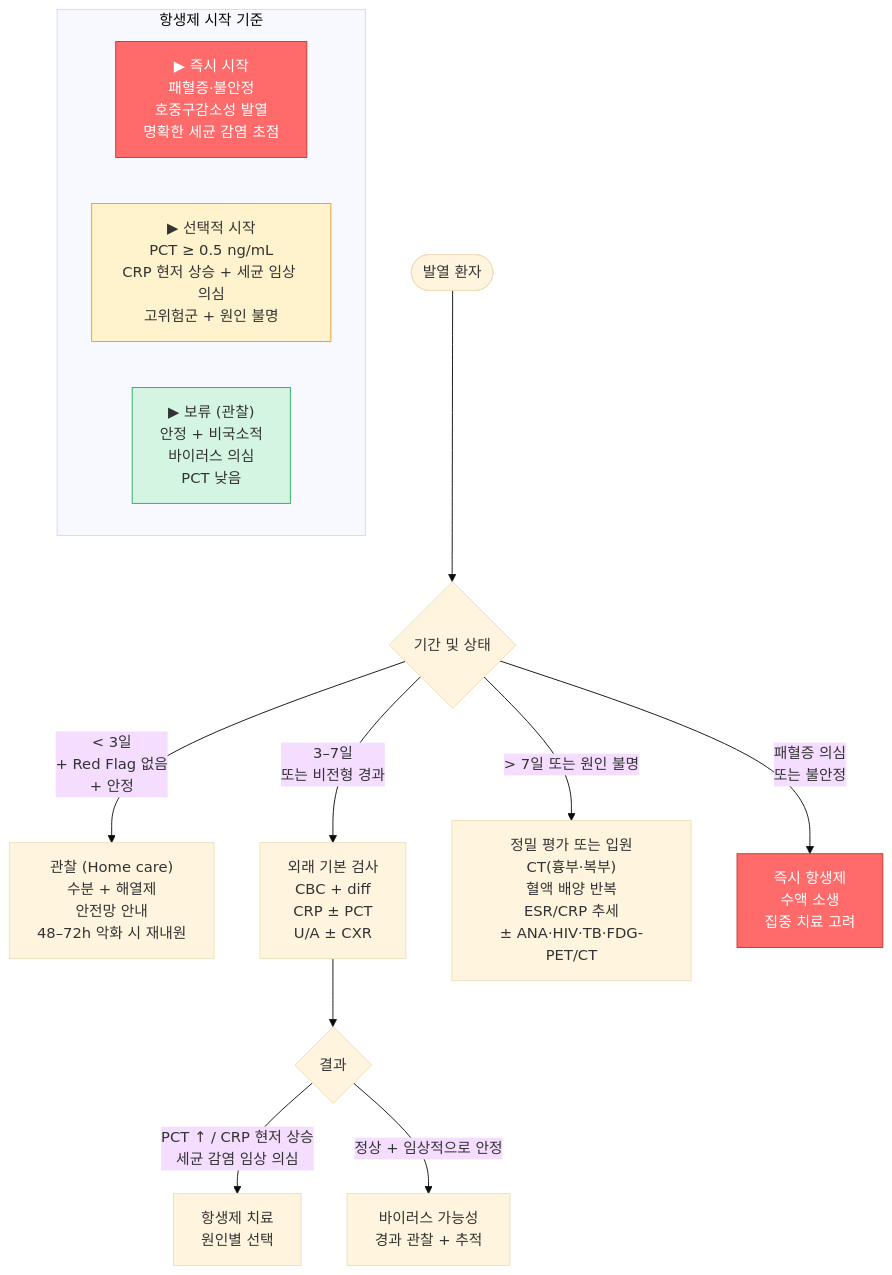
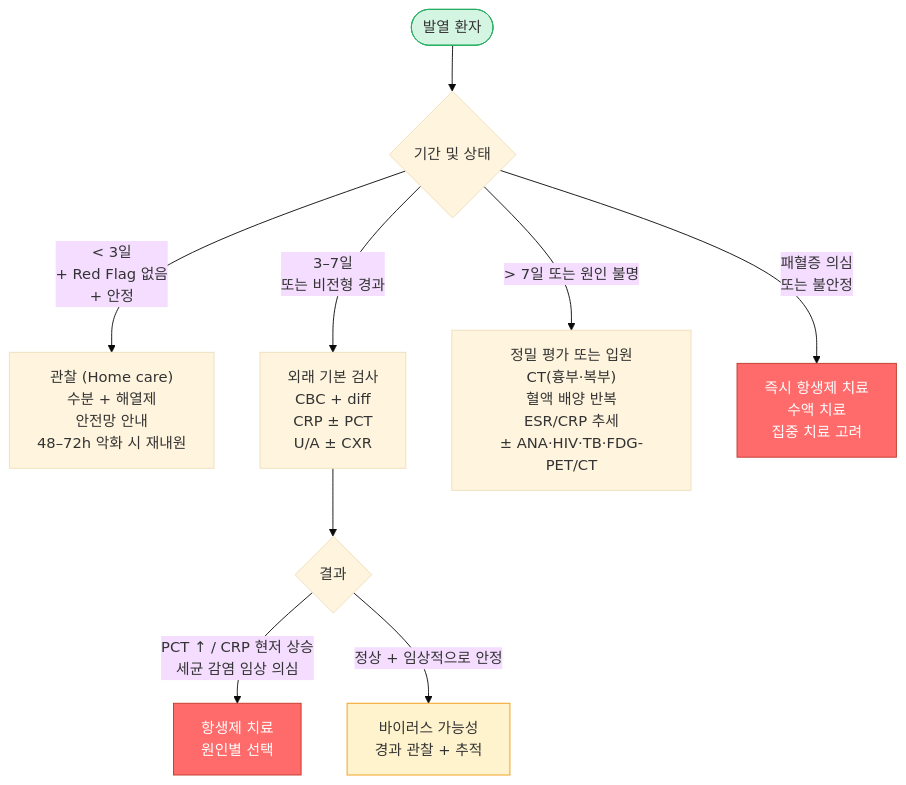
The second of 2 diagrams in 220_/011_-fever.md (familyoh77/familyoh77), drawn with Mermaid (base theme) before and after one commit. The commit also changed other lines of this file, not shown here.

````diff
--- a/220_/011_-fever.md
+++ b/220_/011_-fever.md
@@ -189,22 +181,17 @@
 ```mermaid
 graph TD
     A([발열 환자]) --> B{기간 및 상태}
     B -->|"< 3일<br/>+ Red Flag 없음<br/>+ 안정"| C["관찰 (Home care)<br/>수분 + 해열제<br/>안전망 안내<br/>48–72h 악화 시 재내원"]
     B -->|"3–7일<br/>또는 비전형 경과"| D["외래 기본 검사<br/>CBC + diff<br/>CRP ± PCT<br/>U/A ± CXR"]
     D --> E{결과}
     E -->|"PCT ↑ / CRP 현저 상승<br/>세균 감염 임상 의심"| F["항생제 치료<br/>원인별 선택"]
     E -->|"정상 + 임상적으로 안정"| G["바이러스 가능성<br/>경과 관찰 + 추적"]
     B -->|"> 7일 또는 원인 불명"| H["정밀 평가 또는 입원<br/>CT(흉부·복부)<br/>혈액 배양 반복<br/>ESR/CRP 추세<br/>± ANA·HIV·TB·FDG-PET/CT"]
-    B -->|"패혈증 의심<br/>또는 불안정"| I["즉시 항생제<br/>수액 소생<br/>집중 치료 고려"]
+    B -->|"패혈증 의심<br/>또는 불안정"| I["즉시 항생제 치료<br/>수액 치료<br/>집중 치료 고려"]
 
-    subgraph 항생제 시작 기준
-    J["▶ 즉시 시작<br/>패혈증·불안정<br/>호중구감소성 발열<br/>명확한 세균 감염 초점"]
-    K["▶ 선택적 시작<br/>PCT ≥ 0.5 ng/mL<br/>CRP 현저 상승 + 세균 임상 의심<br/>고위험군 + 원인 불명"]
-    L["▶ 보류 (관찰)<br/>안정 + 비국소적<br/>바이러스 의심<br/>PCT 낮음"]
-    end
+    style A fill:#d5f5e3,stroke:#27ae60
+    style F fill:#ff6b6b,stroke:#c0392b,color:#fff
+    style G fill:#fff3cd,stroke:#f39c12
+    style I fill:#ff6b6b,stroke:#c0392b,color:#fff
 
-    style I fill:#ff6b6b,stroke:#c0392b,color:#fff
-    style J fill:#ff6b6b,stroke:#c0392b,color:#fff
-    style K fill:#fff3cd,stroke:#f39c12
-    style L fill:#d5f5e3,stroke:#27ae60
 ```
````
